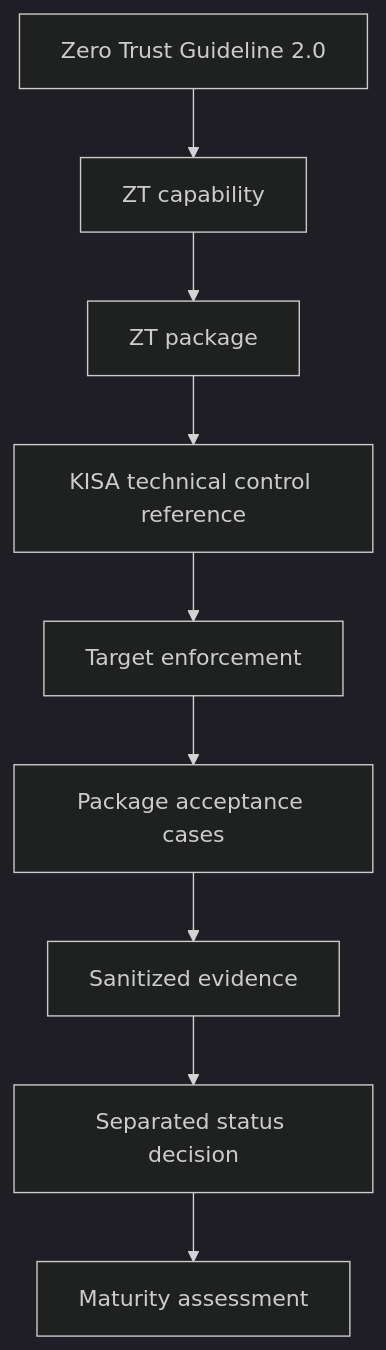
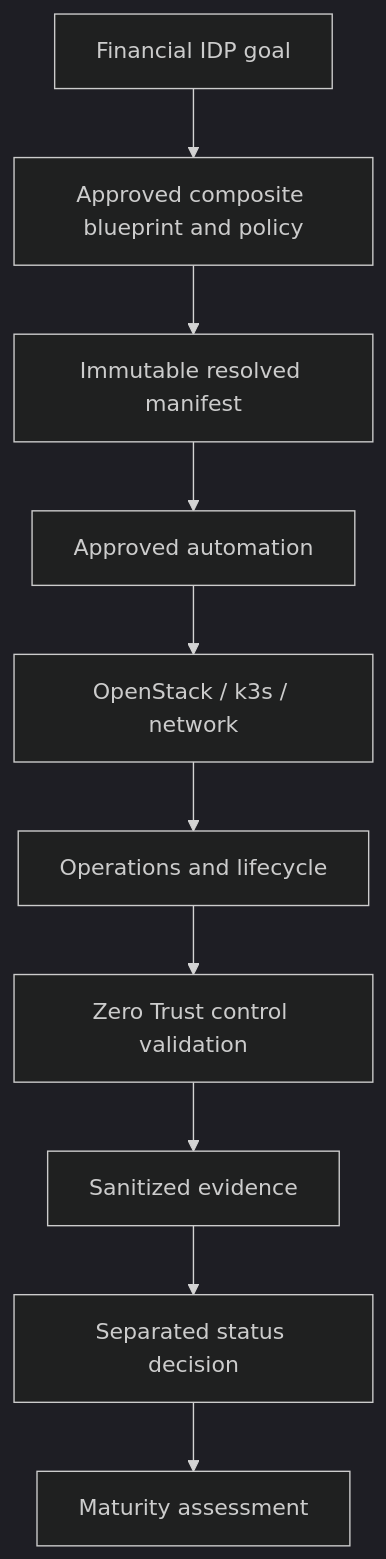
Before and after one commit to snsd-hybridinfra/snsd-multicloud-ops: the diagram in docs/project-definition.md, drawn with Mermaid (dark theme). The commit also changed other lines of this file and 474 other files, not shown here.

Commit message:
Establish financial hybrid-ready IDP baseline

````diff
--- a/docs/project-definition.md
+++ b/docs/project-definition.md
@@ -44,11 +39,12 @@
 ```mermaid
 flowchart TD
-  ZTG["Zero Trust Guideline 2.0"] --> CAP["ZT capability"]
-  CAP --> PKG["ZT package"]
-  PKG --> KISA["KISA technical control reference"]
-  KISA --> ENF["Target enforcement"]
-  ENF --> CASES["Package acceptance cases"]
-  CASES --> EVID["Sanitized evidence"]
+  GOAL["Financial IDP goal"] --> CAT["Approved composite blueprint and policy"]
+  CAT --> MANIFEST["Immutable resolved manifest"]
+  MANIFEST --> AUTO["Approved automation"]
+  AUTO --> TARGET["OpenStack / k3s / network"]
+  TARGET --> OPS["Operations and lifecycle"]
+  OPS --> ZT["Zero Trust control validation"]
+  ZT --> EVID["Sanitized evidence"]
   EVID --> STATUS["Separated status decision"]
   STATUS --> MAT["Maturity assessment"]
 ```
````
